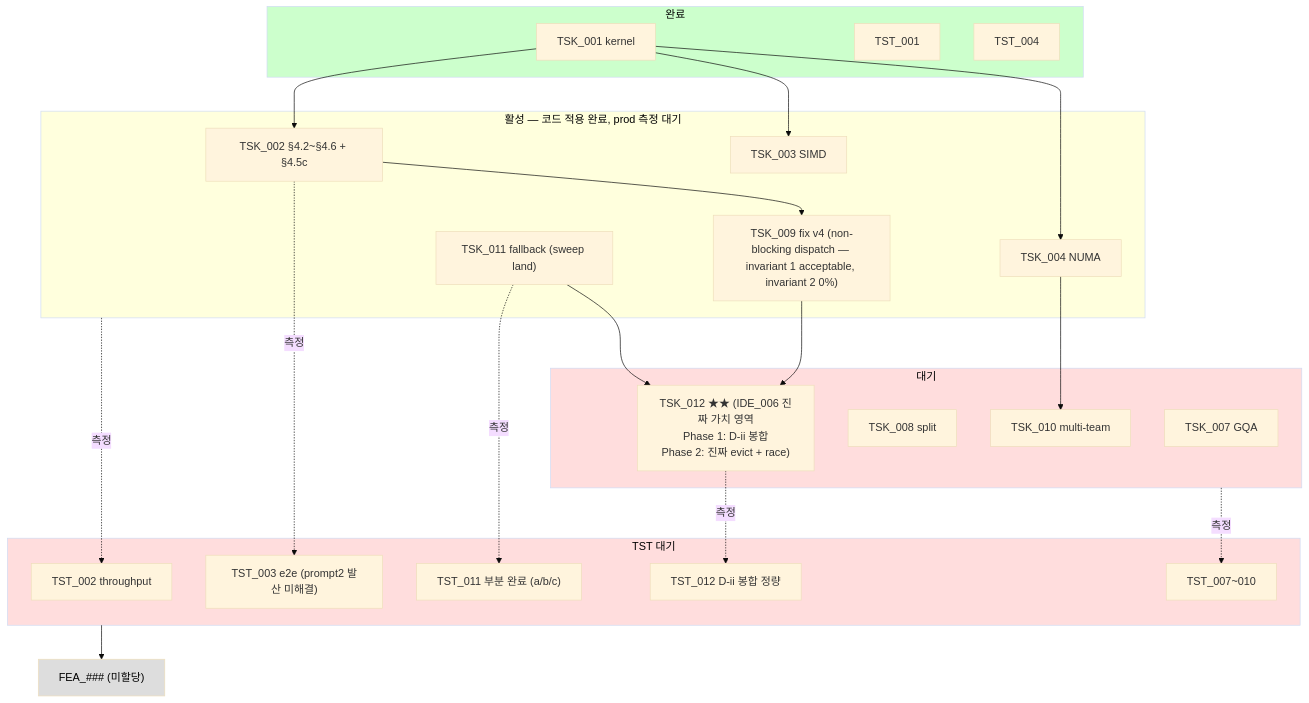
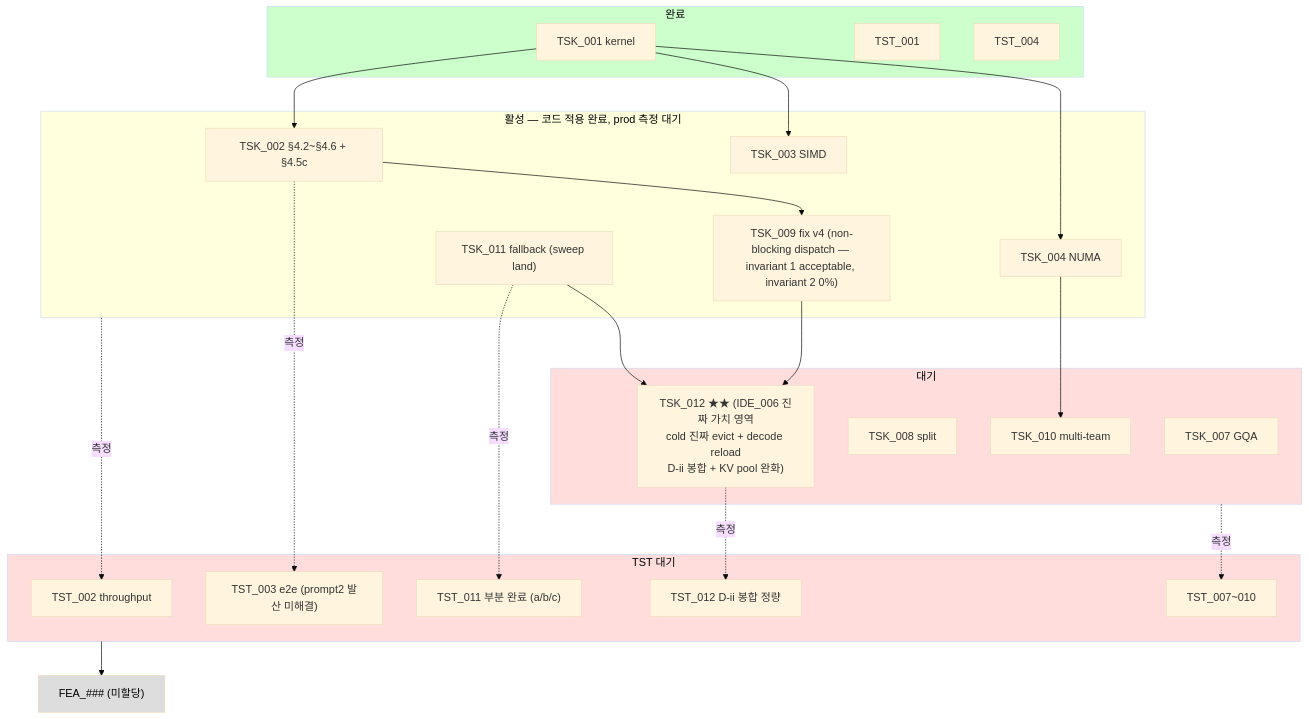
One commit to mystous/vllm_hybrid changed the second of 2 diagrams in shadow_assists/features/IDE_006/README.md. Above: the diagram before and after it, drawn with Mermaid (base theme). The commit also changed other lines of this file and 5 other files, not shown here.

First line of the commit message:
docs(IDE_006): TSK_012 / TST_012 / TSK_011 / TST_011 단일 단계화 — Phase 2 (race) 제거

````diff
--- a/shadow_assists/features/IDE_006/README.md
+++ b/shadow_assists/features/IDE_006/README.md
@@ -305,49 +305,49 @@
 ```mermaid
 flowchart TB
     subgraph DONE["완료"]
         T1["TSK_001 kernel"]
         TT1["TST_001"]
         TT4["TST_004"]
     end
     subgraph ACTIVE["활성 — 코드 적용 완료, prod 측정 대기"]
         T2["TSK_002 §4.2~§4.6 + §4.5c"]
         T3["TSK_003 SIMD"]
         T4["TSK_004 NUMA"]
         T9["TSK_009 fix v4 (non-blocking dispatch — invariant 1 acceptable, invariant 2 0%)"]
         T11["TSK_011 fallback (sweep land)"]
     end
     subgraph WAIT_TSK["대기"]
         T7["TSK_007 GQA"]
         T8["TSK_008 split"]
         T10["TSK_010 multi-team"]
-        T12["TSK_012 ★★ (IDE_006 진짜 가치 영역<br/>Phase 1: D-ii 봉합<br/>Phase 2: 진짜 evict + race)"]
+        T12["TSK_012 ★★ (IDE_006 진짜 가치 영역<br/>cold 진짜 evict + decode reload<br/>D-ii 봉합 + KV pool 완화)"]
     end
     subgraph WAIT_TST["TST 대기"]
         TT2["TST_002 throughput"]
         TT3["TST_003 e2e (prompt2 발산 미해결)"]
         TT11["TST_011 부분 완료 (a/b/c)"]
         TT12["TST_012 D-ii 봉합 정량"]
         TT_OTHER["TST_007~010"]
     end
     FEA["FEA_### (미할당)"]
 
     T1 --> T2
     T1 --> T3
     T1 --> T4
     T2 --> T9
     T4 --> T10
     T11 --> T12
     T9 --> T12
     ACTIVE -.측정.-> TT2
     T2 -.측정.-> TT3
     T11 -.측정.-> TT11
     T12 -.측정.-> TT12
     WAIT_TSK -.측정.-> TT_OTHER
     WAIT_TST --> FEA
 
     style DONE fill:#cfc,color:#000
     style ACTIVE fill:#ffd,color:#000
     style WAIT_TSK fill:#fdd,color:#000
     style WAIT_TST fill:#fdd,color:#000
     style FEA fill:#ddd,color:#000
 ```
````
